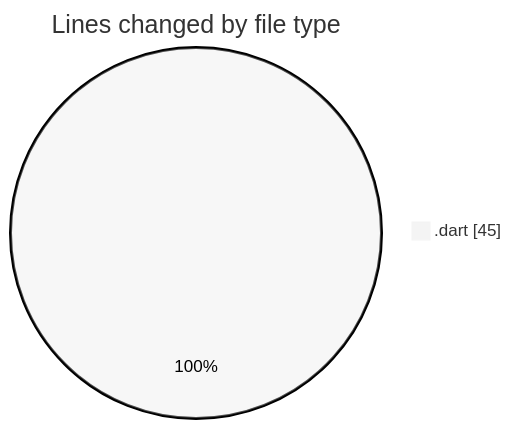
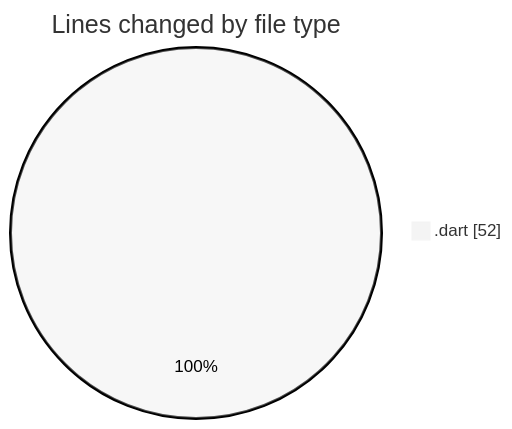
One commit to donsfak/code-tracking changed the first of 2 diagrams in 2025-03-25/wordle/README.md. Above: the diagram before and after it, drawn with Mermaid (neutral theme). The commit also changed other lines of this file and 1 other file, not shown here.

````diff
--- a/2025-03-25/wordle/README.md
+++ b/2025-03-25/wordle/README.md
@@ -20,5 +21,5 @@
 ```mermaid
 pie showData
 title Lines changed by file type
-".dart" : 45
+".dart" : 52
 ```
````
